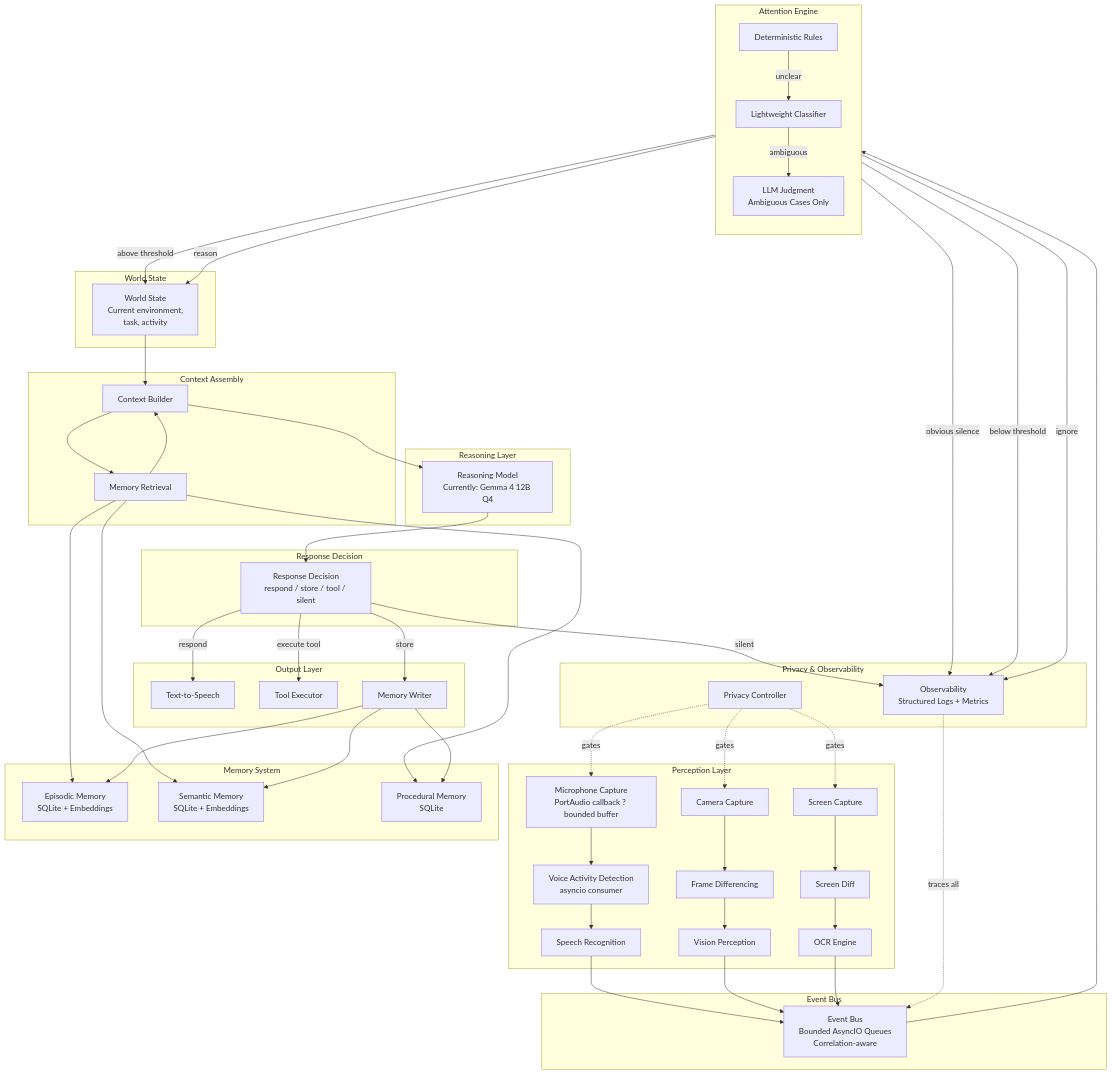
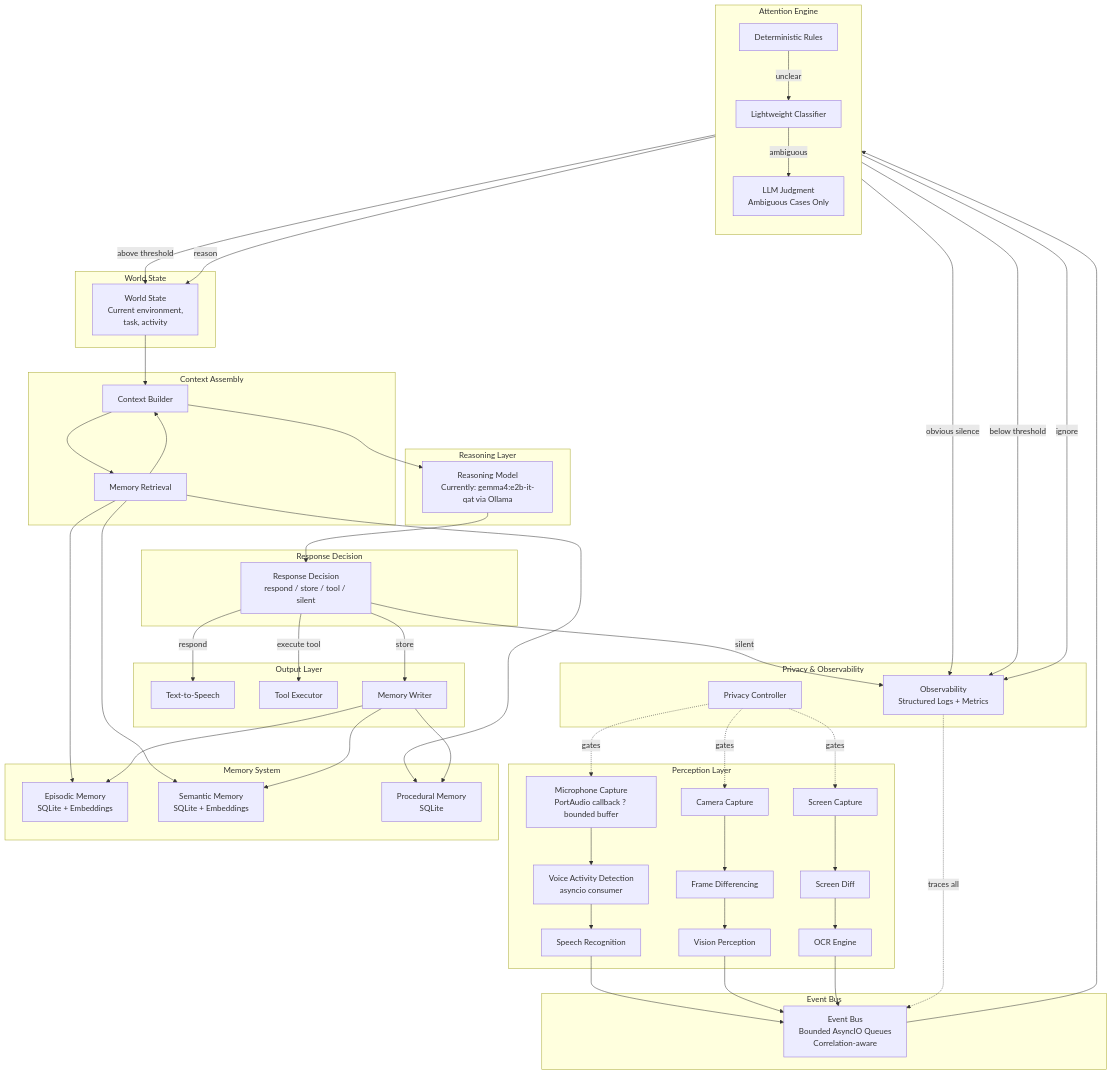
The first of 3 diagrams in docs/architecture/01-overview-and-diagrams.md (sandeep-sarma-24/jarvis), drawn with Mermaid before and after one commit. The commit also changed other lines of this file and 6 other files, not shown here.

First line of the commit message:
Update architecture docs to the current stack; add 07-performance

```diff
--- a/docs/architecture/01-overview-and-diagrams.md
+++ b/docs/architecture/01-overview-and-diagrams.md
@@ -79,7 +79,7 @@
     end
 
     subgraph Reasoning["Reasoning Layer"]
-        LLM[Reasoning Model<br/>Currently: Gemma 4 12B Q4]
+        LLM[Reasoning Model<br/>Currently: gemma4:e2b-it-qat via Ollama]
     end
 
     subgraph ResponseDec["Response Decision"]
```
